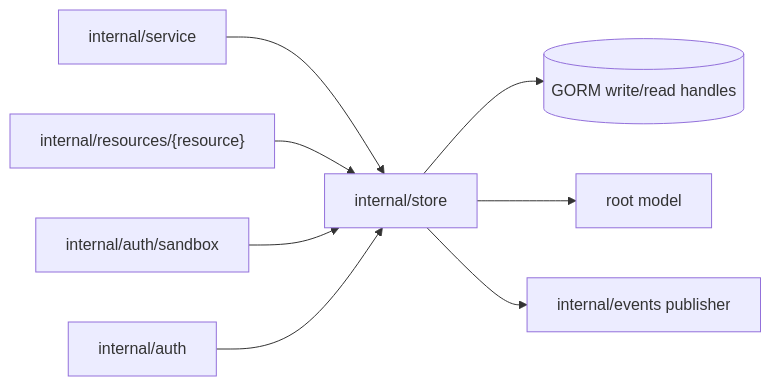
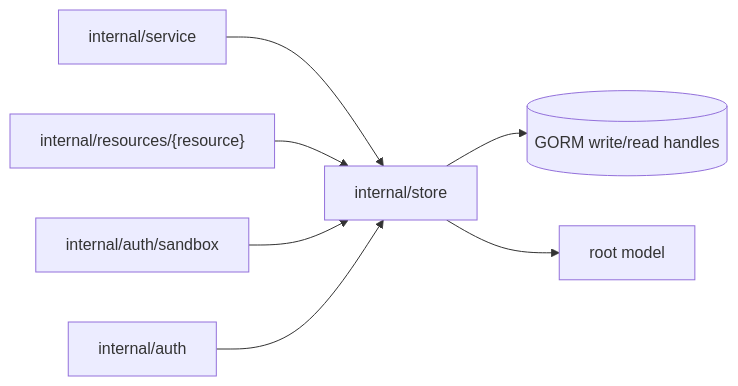
One commit to discobox-ai/discobox changed the first of 2 diagrams in server/internal/store/DESIGN.md. Above: the diagram before and after it, drawn with Mermaid. The commit also changed other lines of this file and 38 other files, not shown here.

````diff
--- a/server/internal/store/DESIGN.md
+++ b/server/internal/store/DESIGN.md
@@ -9,10 +9,9 @@
 ```mermaid
 flowchart LR
     service[internal/service] --> store[internal/store]
     resources["internal/resources/{resource}"] --> store
     auth[internal/auth/sandbox] --> store
     authn[internal/auth] --> store
     store --> db[(GORM write/read handles)]
     store --> model[root model]
-    store --> events[internal/events publisher]
 ```
````
